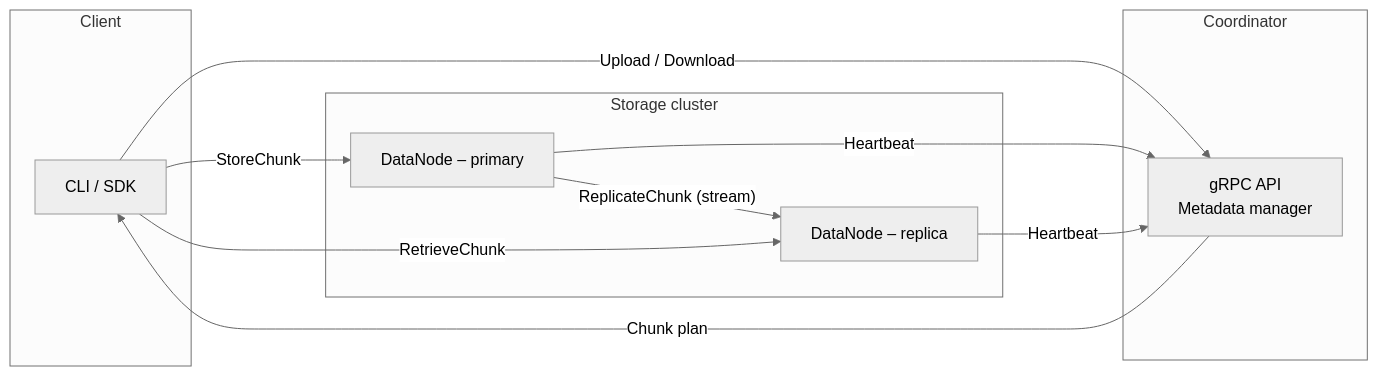
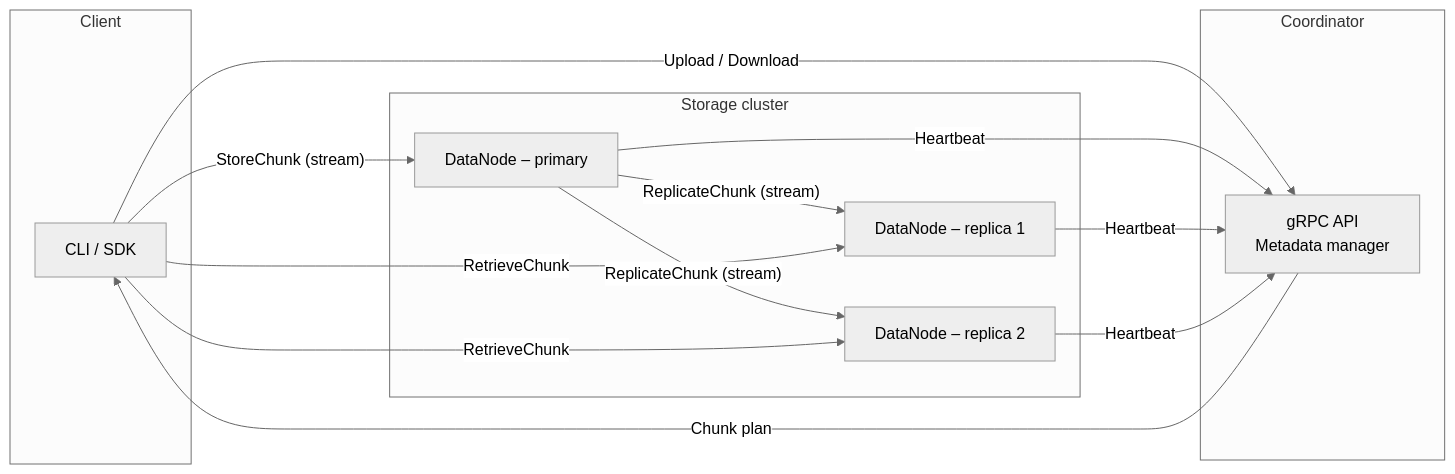
The diagram in README.md (mochivi/distributed-file-system), drawn with Mermaid (neutral theme) before and after one commit. The commit also changed other lines of this file and 1 other file, not shown here.

Commit message:
update readme.md and design.md

````diff
--- a/README.md
+++ b/README.md
@@ -15,31 +15,35 @@
 ```mermaid
 flowchart LR
     subgraph "Client"
         A["CLI / SDK"]
     end
 
     subgraph "Coordinator"
         C1["gRPC API<br/>Metadata manager"]
     end
 
     subgraph "Storage cluster"
         DN1["DataNode – primary"]
-        DN2["DataNode – replica"]
+        DN2["DataNode – replica 1"]
+        DN3["DataNode – replica 2"]
     end
 
     A -- "Upload / Download" --> C1
     C1 -- "Chunk plan" --> A
 
     %% Client writes chunk to primary
-    A -- "StoreChunk" --> DN1
+    A -- "StoreChunk (stream)" --> DN1
 
     %% Primary replicates chunk via streaming gRPC
     DN1 -- "ReplicateChunk (stream)" --> DN2
+    DN1 -- "ReplicateChunk (stream)" --> DN3
 
     %% Reads can hit any replica
     A -- "RetrieveChunk" --> DN2
+    A -- "RetrieveChunk" --> DN3
 
     %% Health-checks
     DN1 -- "Heartbeat" --> C1
     DN2 -- "Heartbeat" --> C1
+    DN3 -- "Heartbeat" --> C1
 ```
````
